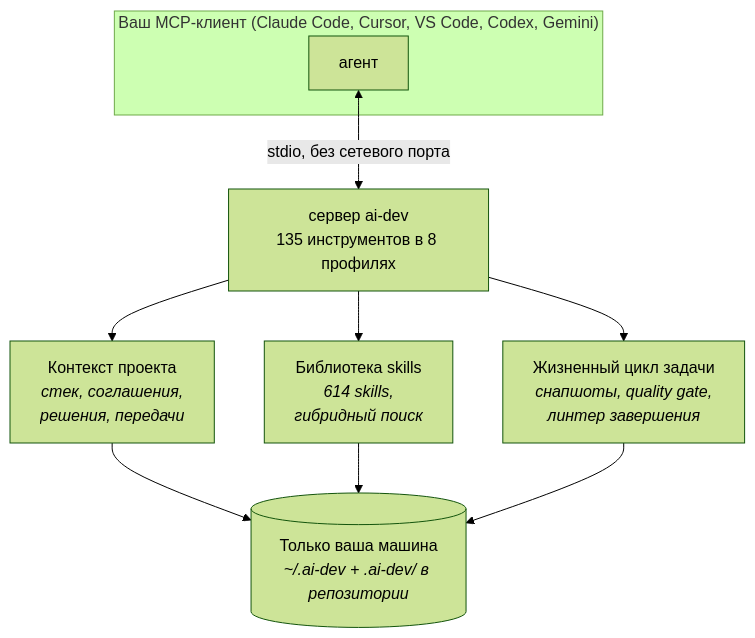
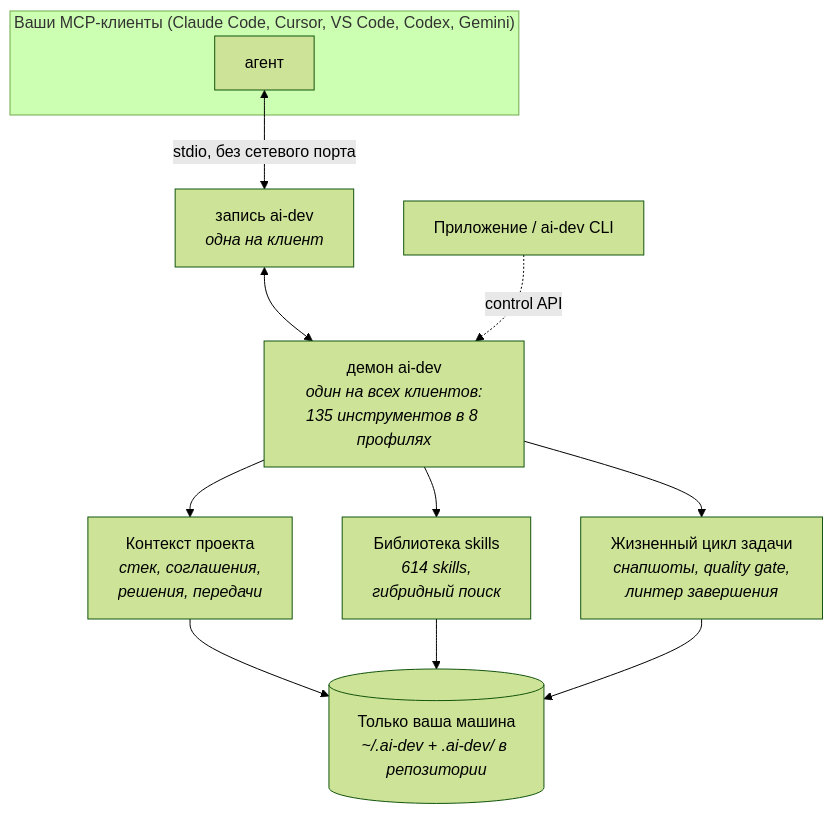
Before and after one commit to BreezeAreaSay/ai-dev-system: the second of 2 diagrams in README.ru.md, drawn with Mermaid (forest theme). The commit also changed other lines of this file and 31 other files, not shown here.

````diff
--- a/README.ru.md
+++ b/README.ru.md
@@ -159,11 +226,13 @@
 ```mermaid
 flowchart TB
-    subgraph client["Ваш MCP-клиент (Claude Code, Cursor, VS Code, Codex, Gemini)"]
+    subgraph client["Ваши MCP-клиенты (Claude Code, Cursor, VS Code, Codex, Gemini)"]
         agent["агент"]
     end
-    agent <-->|stdio, без сетевого порта| server["сервер ai-dev<br/>135 инструментов в 8 профилях"]
-    server --> ctx["Контекст проекта<br/><i>стек, соглашения,<br/>решения, передачи</i>"]
-    server --> skills["Библиотека skills<br/><i>614 skills,<br/>гибридный поиск</i>"]
-    server --> life["Жизненный цикл задачи<br/><i>снапшоты, quality gate,<br/>линтер завершения</i>"]
+    agent <-->|stdio, без сетевого порта| entry["запись ai-dev<br/><i>одна на клиент</i>"]
+    entry <--> daemon["демон ai-dev<br/><i>один на всех клиентов:<br/>135 инструментов в 8 профилях</i>"]
+    app["Приложение / ai-dev CLI"] -.->|control API| daemon
+    daemon --> ctx["Контекст проекта<br/><i>стек, соглашения,<br/>решения, передачи</i>"]
+    daemon --> skills["Библиотека skills<br/><i>614 skills,<br/>гибридный поиск</i>"]
+    daemon --> life["Жизненный цикл задачи<br/><i>снапшоты, quality gate,<br/>линтер завершения</i>"]
     ctx & skills & life --> disk[("Только ваша машина<br/><i>~/.ai-dev + .ai-dev/ в репозитории</i>")]
 ```
````
